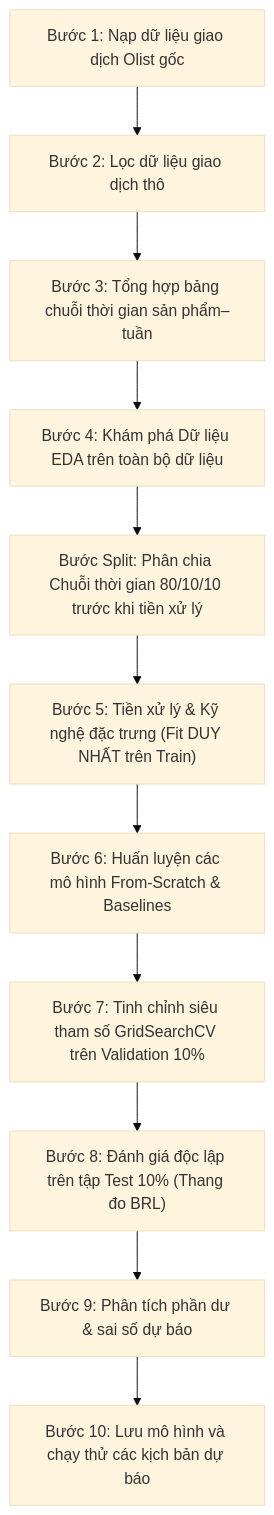
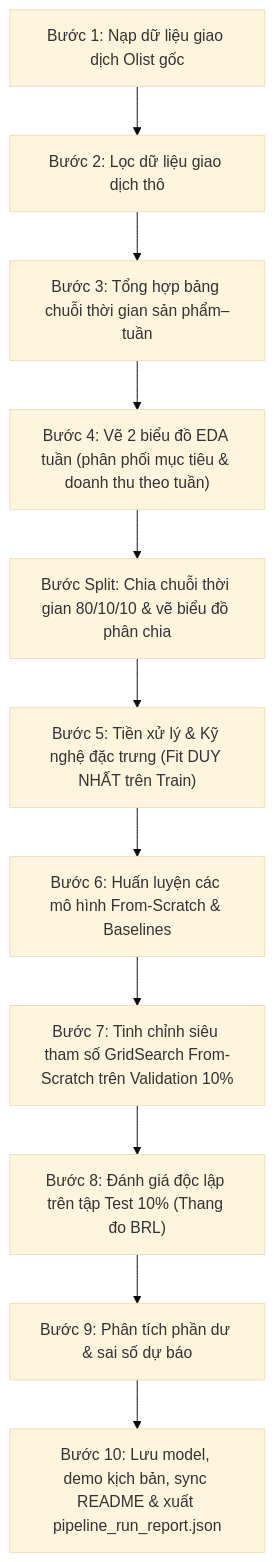
One commit to iamtien77/sales_predictor changed the diagram in README.md. Above: the diagram before and after it, drawn with Mermaid (base theme). The commit also changed other lines of this file, not shown here.

Commit message:
docs(readme): cập nhật thông số dữ liệu, đặc trưng, kiểm thử và luồng pipeline

````diff
--- a/README.md
+++ b/README.md
@@ -254,13 +265,13 @@
 ```mermaid
 flowchart TD
     S1["Bước 1: Nạp dữ liệu giao dịch Olist gốc"] --> S2["Bước 2: Lọc dữ liệu giao dịch thô"]
     S2 --> S3["Bước 3: Tổng hợp bảng chuỗi thời gian sản phẩm–tuần"]
-    S3 --> S4["Bước 4: Khám phá Dữ liệu EDA trên toàn bộ dữ liệu"]
-    S4 --> S_split["Bước Split: Phân chia Chuỗi thời gian 80/10/10 trước khi tiền xử lý"]
+    S3 --> S4["Bước 4: Vẽ 2 biểu đồ EDA tuần (phân phối mục tiêu & doanh thu theo tuần)"]
+    S4 --> S_split["Bước Split: Chia chuỗi thời gian 80/10/10 & vẽ biểu đồ phân chia"]
     S_split --> S5["Bước 5: Tiền xử lý & Kỹ nghệ đặc trưng (Fit DUY NHẤT trên Train)"]
     S5 --> S6["Bước 6: Huấn luyện các mô hình From-Scratch & Baselines"]
-    S6 --> S7["Bước 7: Tinh chỉnh siêu tham số GridSearchCV trên Validation 10%"]
+    S6 --> S7["Bước 7: Tinh chỉnh siêu tham số GridSearch From-Scratch trên Validation 10%"]
     S7 --> S8["Bước 8: Đánh giá độc lập trên tập Test 10% (Thang đo BRL)"]
     S8 --> S9["Bước 9: Phân tích phần dư & sai số dự báo"]
-    S9 --> S10["Bước 10: Lưu mô hình và chạy thử các kịch bản dự báo"]
+    S9 --> S10["Bước 10: Lưu model, demo kịch bản, sync README & xuất pipeline_run_report.json"]
 ```
````
